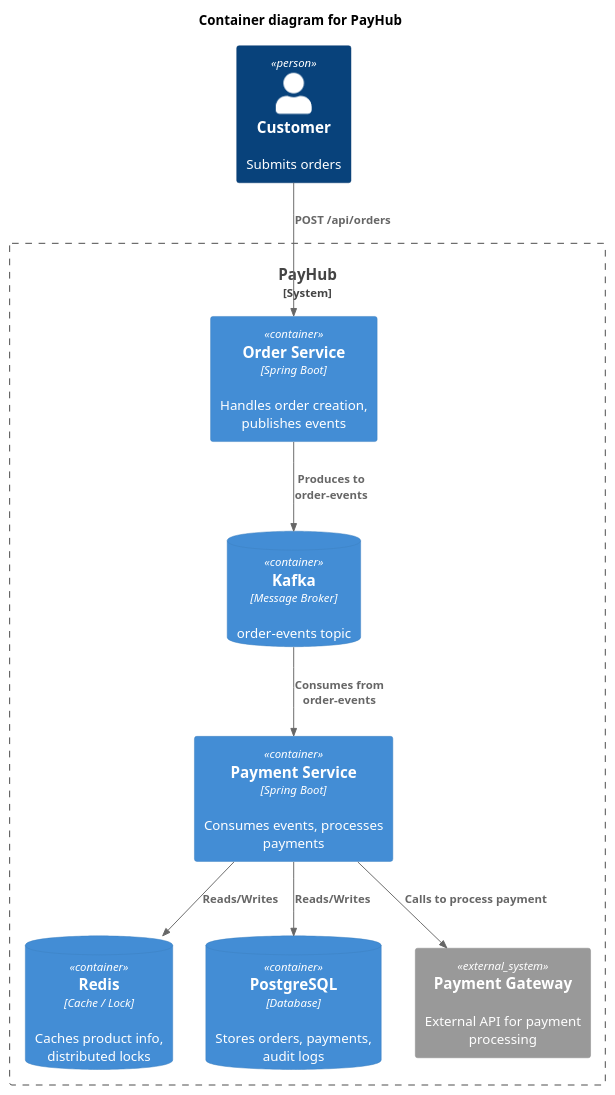
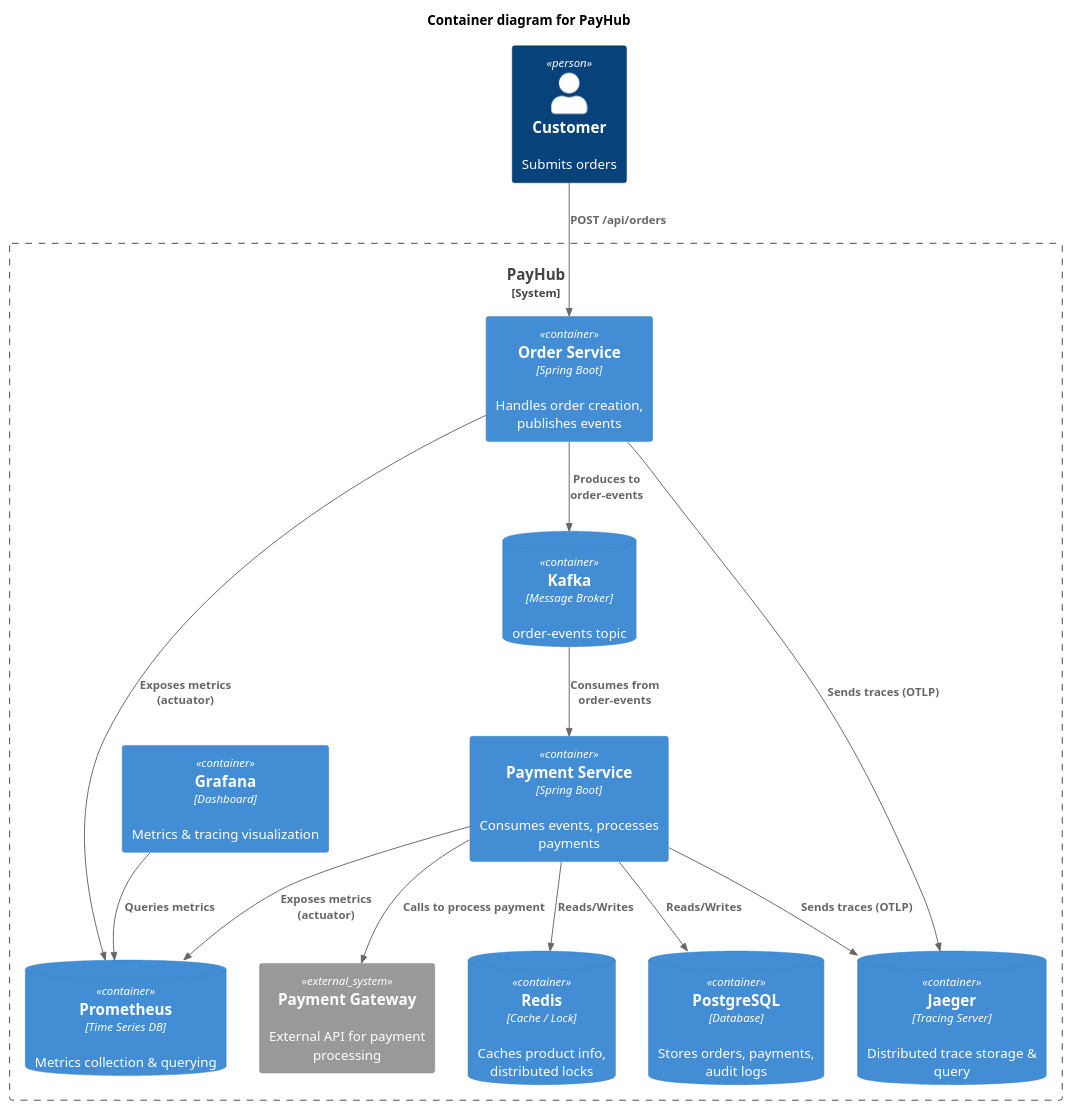
Before and after one commit to Jingyu-deng/payhub: the diagram in doc/c4-container-diagram.puml, drawn with PlantUML. The commit also changed 20 other files, not shown here.

First line of the commit message:
Add observability stack: metrics (Prometheus + Grafana) and tracing (OTel + Jaeger)

```diff
--- a/doc/c4-container-diagram.puml
+++ b/doc/c4-container-diagram.puml
@@ -1,24 +1,32 @@
 @startuml
 !include https://raw.githubusercontent.com/plantuml-stdlib/C4-PlantUML/master/C4_Container.puml
 
 title Container diagram for PayHub
 
 Person(customer, "Customer", "Submits orders")
 
 System_Boundary(payhub, "PayHub") {
     Container(order_service, "Order Service", "Spring Boot", "Handles order creation, publishes events")
     Container(payment_service, "Payment Service", "Spring Boot", "Consumes events, processes payments")
     ContainerDb(kafka, "Kafka", "Message Broker", "order-events topic")
     ContainerDb(redis, "Redis", "Cache / Lock", "Caches product info, distributed locks")
     ContainerDb(postgres, "PostgreSQL", "Database", "Stores orders, payments, audit logs")
     System_Ext(payment_gateway, "Payment Gateway", "External API for payment processing")
+    ContainerDb(prometheus, "Prometheus", "Time Series DB", "Metrics collection & querying")
+    ContainerDb(jaeger, "Jaeger", "Tracing Server", "Distributed trace storage & query")
+    Container(grafana, "Grafana", "Dashboard", "Metrics & tracing visualization")
 }
 
 Rel(customer, order_service, "POST /api/orders")
 Rel(order_service, kafka, "Produces to order-events")
 Rel(kafka, payment_service, "Consumes from order-events")
 Rel(payment_service, redis, "Reads/Writes")
 Rel(payment_service, postgres, "Reads/Writes")
 Rel(payment_service, payment_gateway, "Calls to process payment")
+Rel(order_service, prometheus, "Exposes metrics (actuator)")
+Rel(payment_service, prometheus, "Exposes metrics (actuator)")
+Rel(order_service, jaeger, "Sends traces (OTLP)")
+Rel(payment_service, jaeger, "Sends traces (OTLP)")
+Rel(grafana, prometheus, "Queries metrics")
 
 @enduml
```
